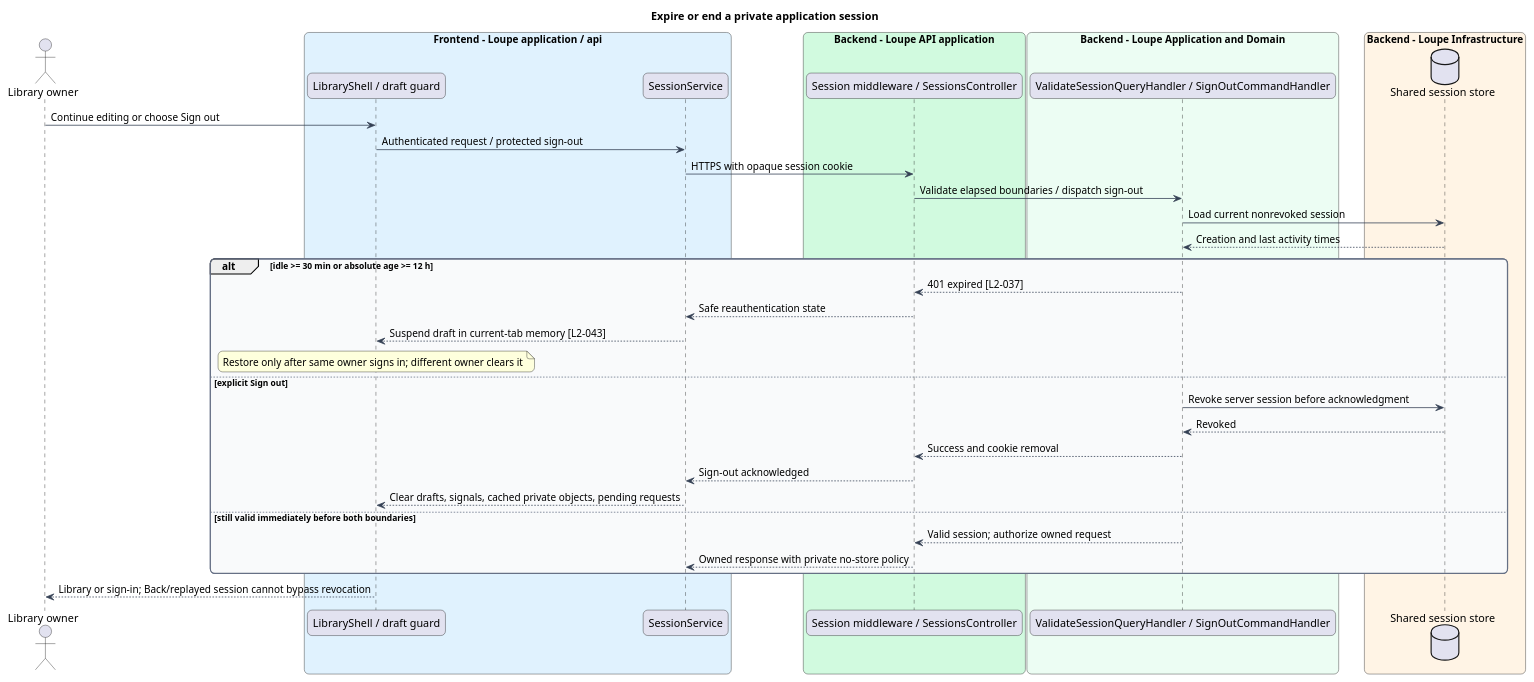
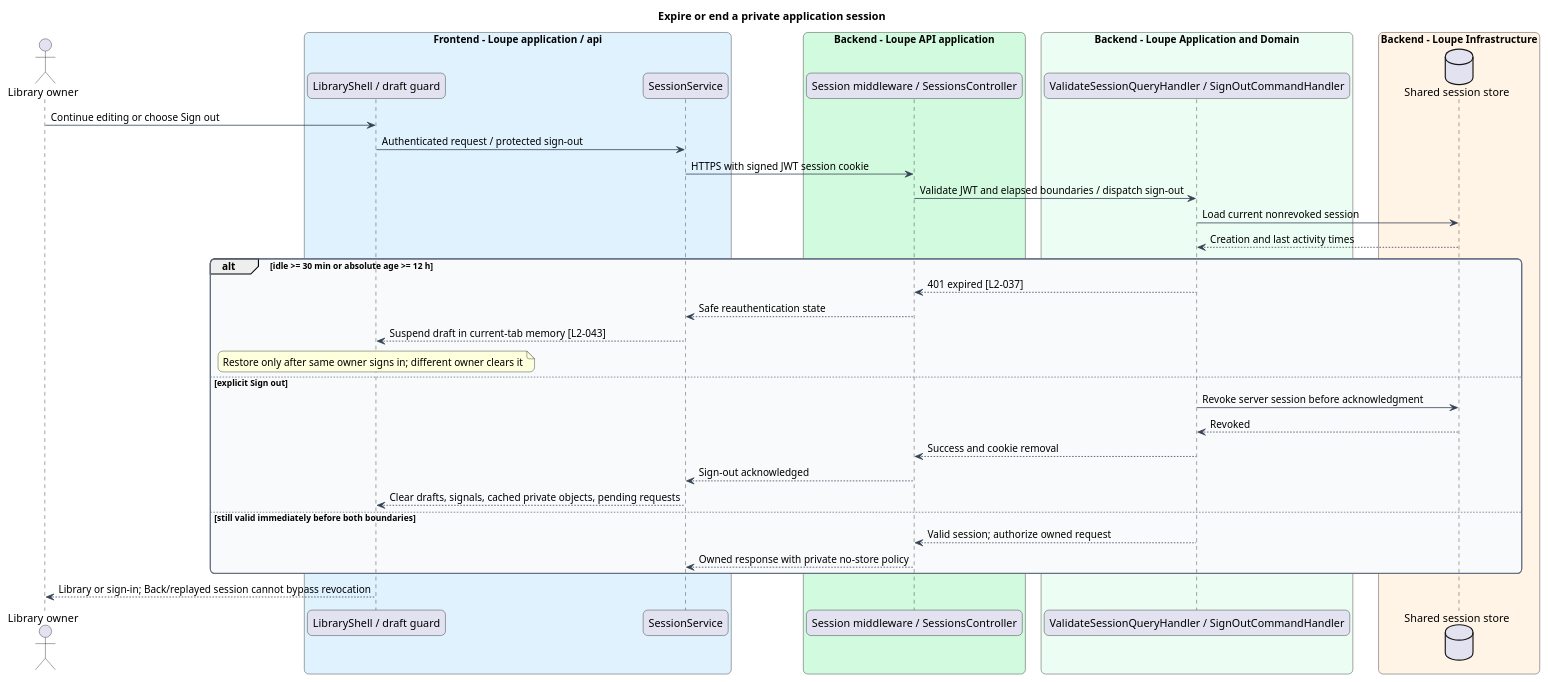
The diagram in docs/detailed-designs/security/access-private-library/diagrams/sequence-expire-and-sign-out.puml (QuinntyneBrown/loupe), drawn with PlantUML before and after one commit. The commit also changed 122 other files, not shown here.

```diff
--- a/docs/detailed-designs/security/access-private-library/diagrams/sequence-expire-and-sign-out.puml
+++ b/docs/detailed-designs/security/access-private-library/diagrams/sequence-expire-and-sign-out.puml
@@ -1,53 +1,53 @@
 @startuml
 title Expire or end a private application session
 skinparam backgroundColor #FFFFFF
 skinparam shadowing false
 skinparam roundcorner 12
 skinparam defaultFontName Arial
 skinparam ArrowColor #344054
 skinparam rectangle {
  BorderColor #344054
  FontColor #101828
 }
 skinparam package {
  BorderColor #667085
  FontColor #101828
  BackgroundColor #F9FAFB
 }
 actor "Library owner" as owner
 box "Frontend - Loupe application / api" #E0F2FE
  participant "LibraryShell / draft guard" as shell
  participant "SessionService" as client
 end box
 box "Backend - Loupe API application" #D1FADF
  participant "Session middleware / SessionsController" as api
 end box
 box "Backend - Loupe Application and Domain" #ECFDF3
  participant "ValidateSessionQueryHandler / SignOutCommandHandler" as handler
 end box
 box "Backend - Loupe Infrastructure" #FFF4E5
  database "Shared session store" as sessions
 end box
 owner -> shell : Continue editing or choose Sign out
 shell -> client : Authenticated request / protected sign-out
-client -> api : HTTPS with opaque session cookie
-api -> handler : Validate elapsed boundaries / dispatch sign-out
+client -> api : HTTPS with signed JWT session cookie
+api -> handler : Validate JWT and elapsed boundaries / dispatch sign-out
 handler -> sessions : Load current nonrevoked session
 sessions --> handler : Creation and last activity times
 alt idle >= 30 min or absolute age >= 12 h
  handler --> api : 401 expired [L2-037]
  api --> client : Safe reauthentication state
  client --> shell : Suspend draft in current-tab memory [L2-043]
  note over shell : Restore only after same owner signs in; different owner clears it
 else explicit Sign out
  handler -> sessions : Revoke server session before acknowledgment
  sessions --> handler : Revoked
  handler --> api : Success and cookie removal
  api --> client : Sign-out acknowledged
  client --> shell : Clear drafts, signals, cached private objects, pending requests
 else still valid immediately before both boundaries
  handler --> api : Valid session; authorize owned request
  api --> client : Owned response with private no-store policy
 end
 shell --> owner : Library or sign-in; Back/replayed session cannot bypass revocation
 @enduml
```
